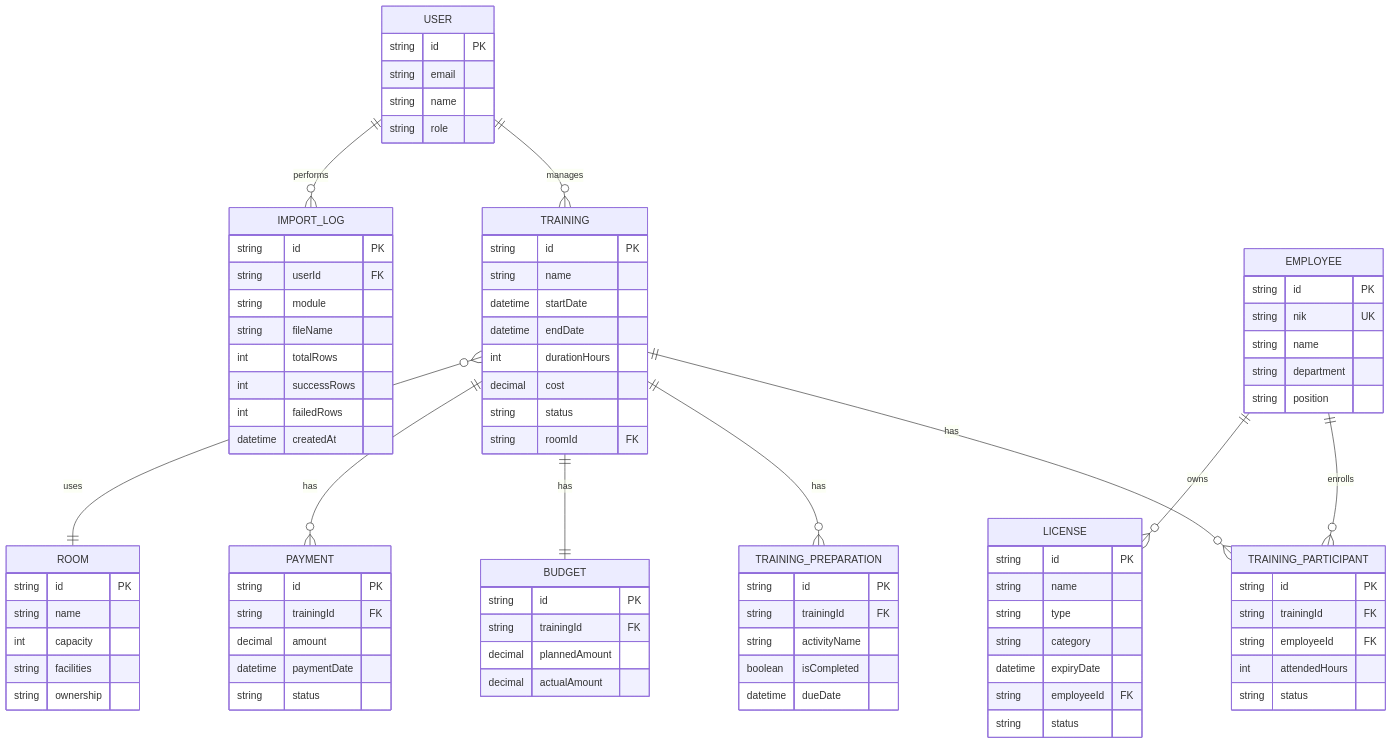
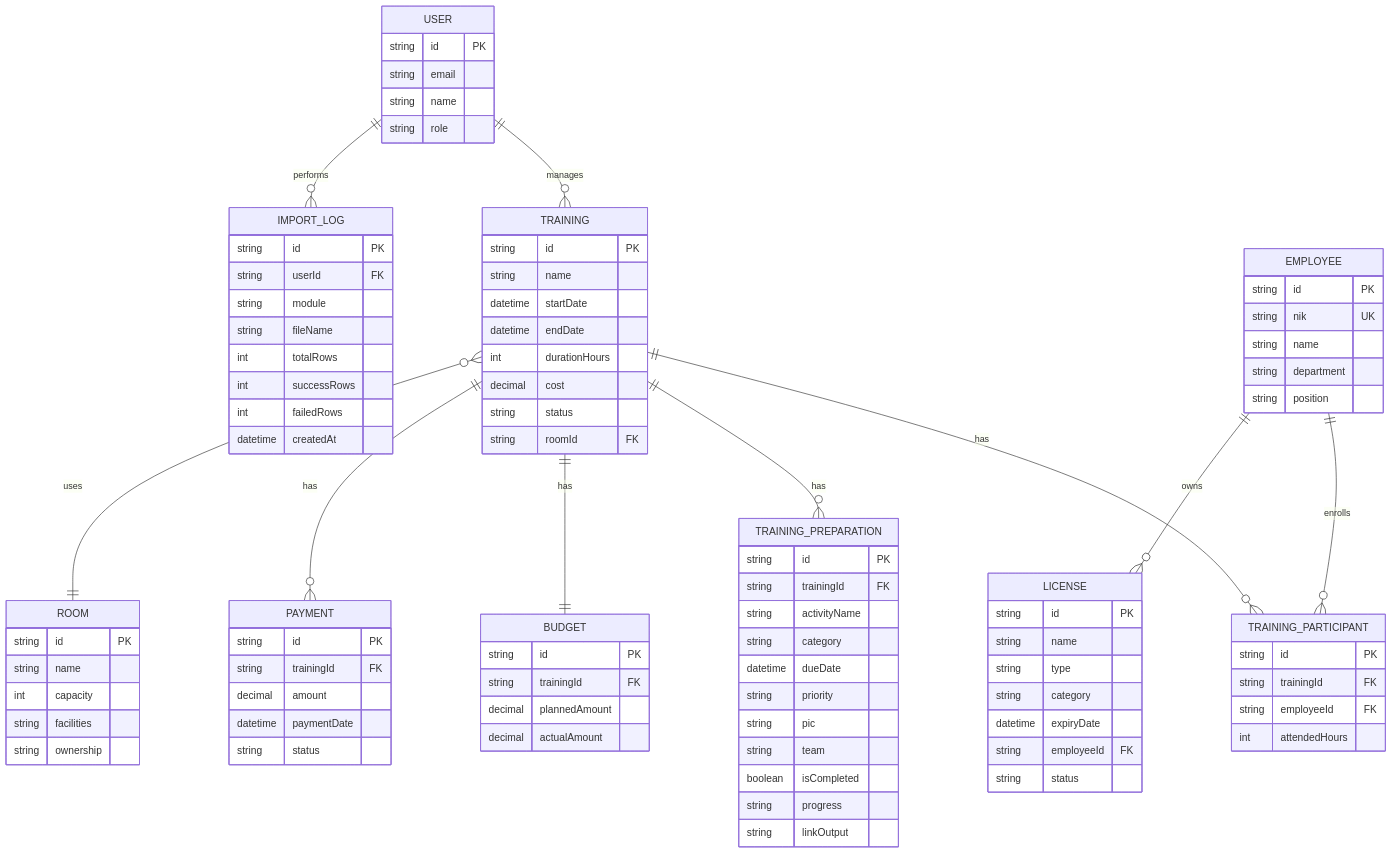
The second of 2 diagrams in PRD-LENTERA.md (appaldyt/Lentera), drawn with Mermaid before and after one commit. The commit also changed other lines of this file and 15 other files, not shown here.

```diff
--- a/PRD-LENTERA.md
+++ b/PRD-LENTERA.md
@@ -291,15 +296,20 @@
         string id PK
         string trainingId FK
         string activityName
+        string category
+        datetime dueDate
+        string priority
+        string pic
+        string team
         boolean isCompleted
-        datetime dueDate
+        string progress
+        string linkOutput
     }
     TRAINING_PARTICIPANT {
         string id PK
         string trainingId FK
         string employeeId FK
         int attendedHours
-        string status
     }
     LICENSE {
         string id PK
```
